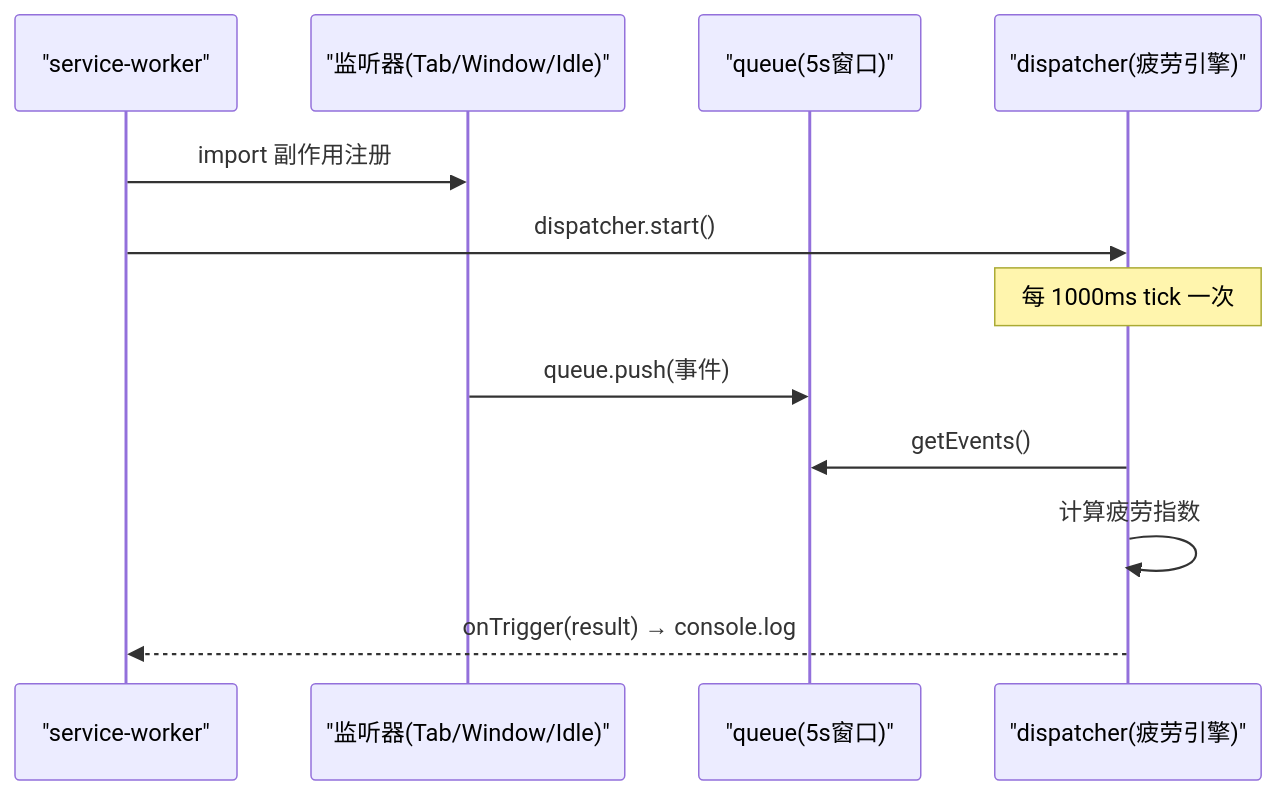
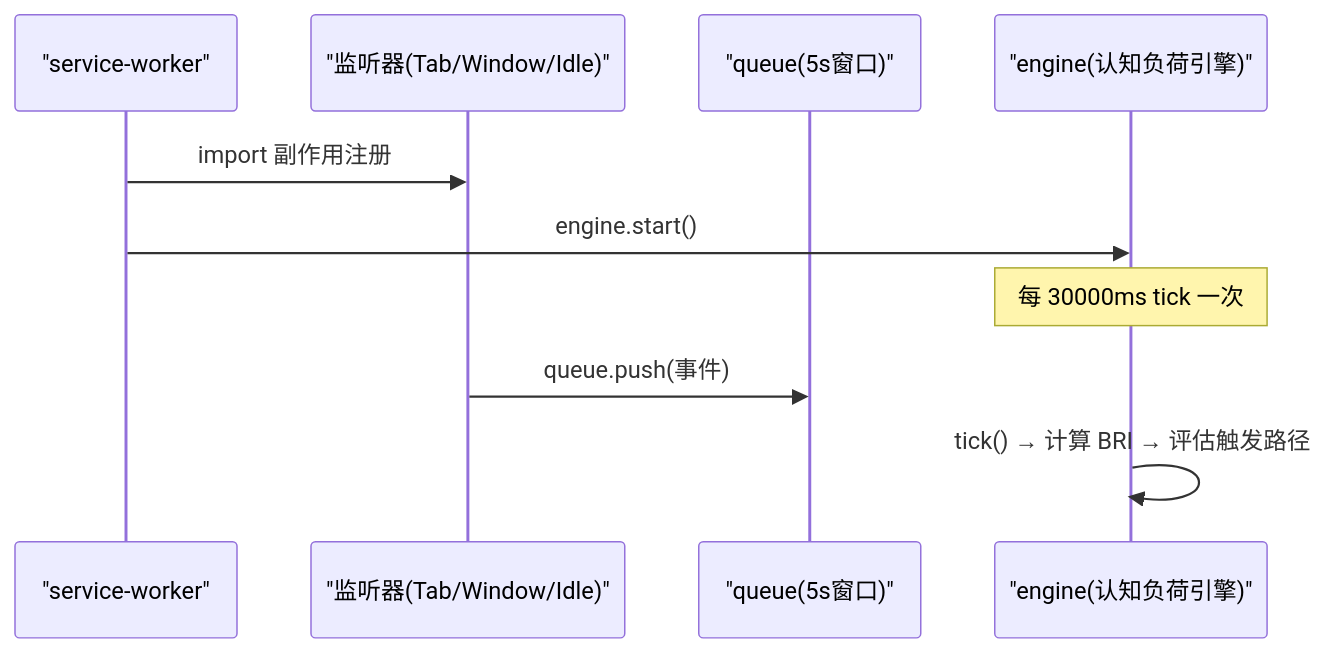
The diagram in .qoder/repowiki/zh/content/核心模块/背景服务模块.md (MingxuanGame/BrainRest), drawn with Mermaid before and after one commit. The commit also changed other lines of this file and 70 other files, not shown here.

````diff
--- a/.qoder/repowiki/zh/content/核心模块/背景服务模块.md
+++ b/.qoder/repowiki/zh/content/核心模块/背景服务模块.md
@@ -98,14 +114,12 @@
 ```mermaid
 sequenceDiagram
 participant SW as "service-worker"
 participant L as "监听器(Tab/Window/Idle)"
 participant Q as "queue(5s窗口)"
-participant D as "dispatcher(疲劳引擎)"
+participant E as "engine(认知负荷引擎)"
 SW->>L : import 副作用注册
-SW->>D : dispatcher.start()
-Note over D : 每 1000ms tick 一次
+SW->>E : engine.start()
+Note over E : 每 30000ms tick 一次
 L->>Q : queue.push(事件)
-D->>Q : getEvents()
-D->>D : 计算疲劳指数
-D-->>SW : onTrigger(result) → console.log
+E->>E : tick() → 计算 BRI → 评估触发路径
 ```
````
